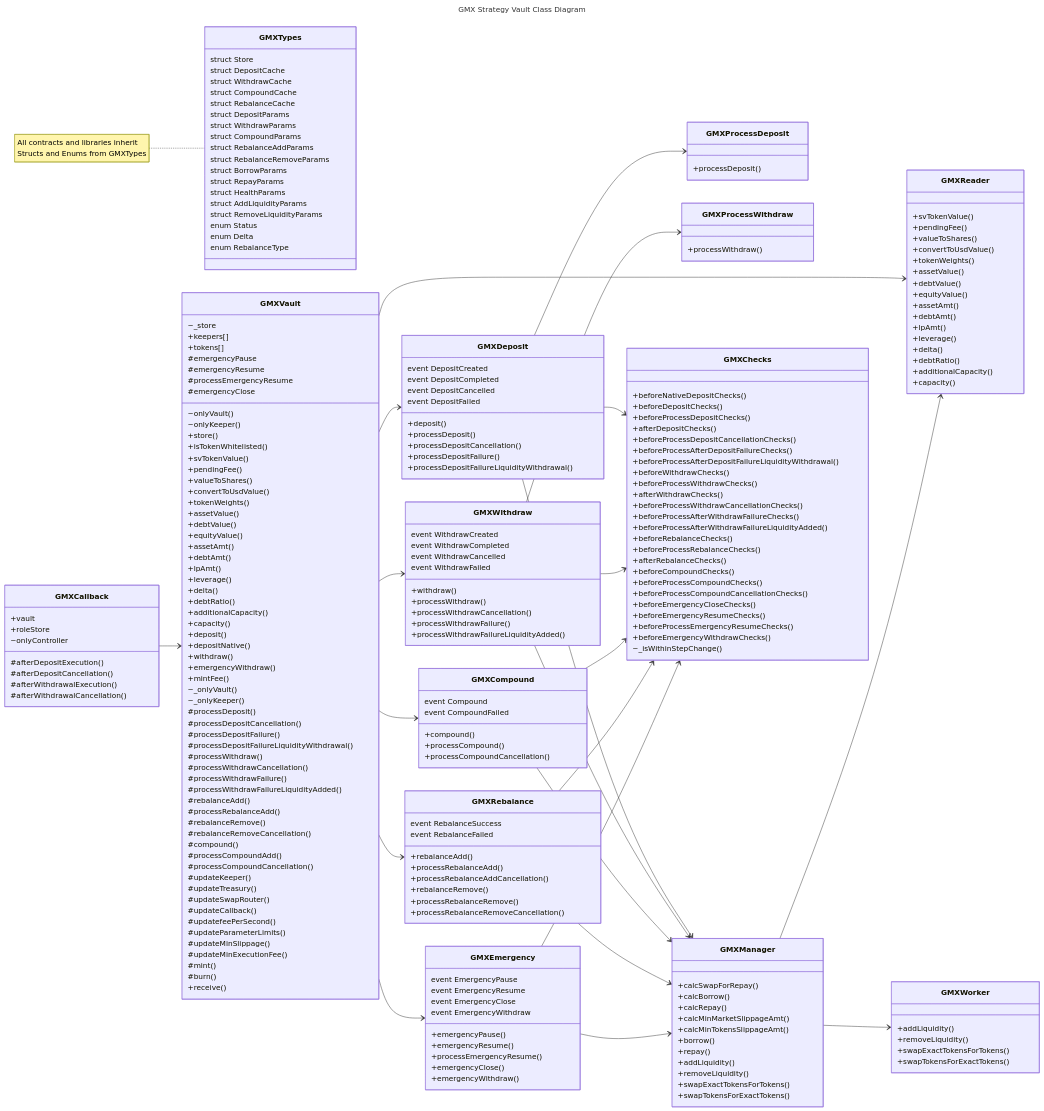
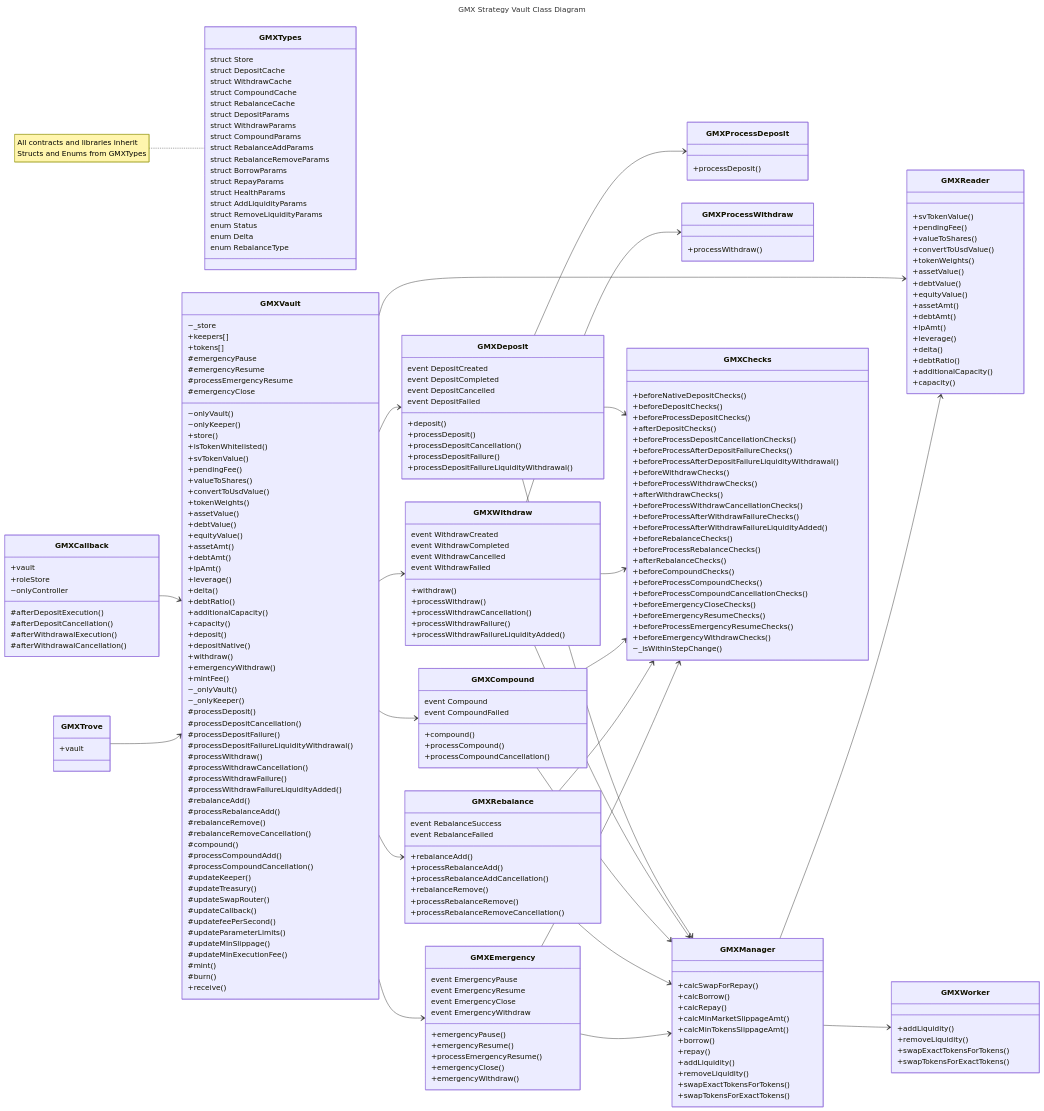
One commit to steadefi/steadefi-codehawks changed the fourth of 4 diagrams in docs/technical-documentation.md. Above: the diagram before and after it, drawn with Mermaid. The commit also changed 88 other files, not shown here.

```diff
--- a/docs/technical-documentation.md
+++ b/docs/technical-documentation.md
@@ -509,6 +509,10 @@
       +processCompoundCancellation()
     }
 
+    class GMXTrove {
+      +vault
+    }
+
     class GMXEmergency {
       event EmergencyPause
       event EmergencyResume
@@ -595,6 +599,7 @@
     Structs and Enums from GMXTypes"
 
     GMXCallback --> GMXVault
+    GMXTrove --> GMXVault
 
     GMXVault --> GMXDeposit
     GMXVault --> GMXWithdraw
```
